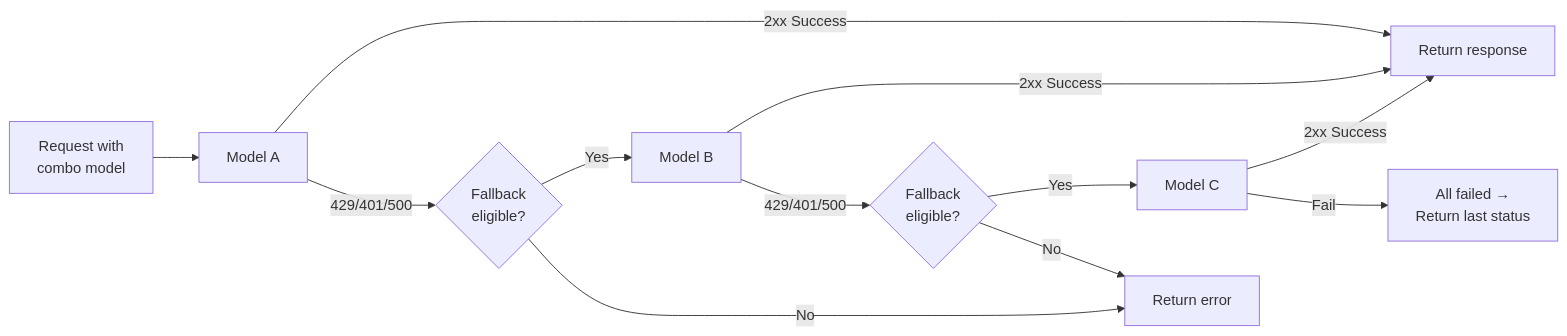
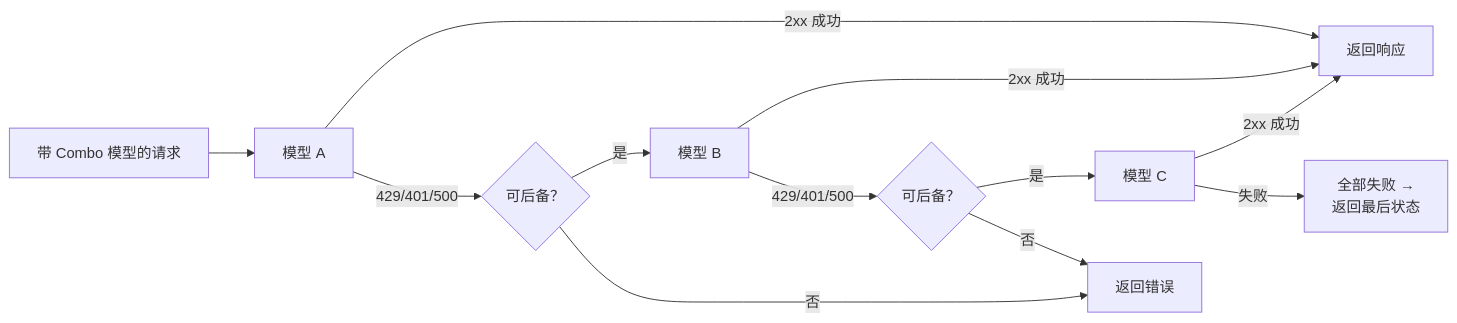
One commit to innotelinc/jesus changed the seventh of 12 diagrams in apps/omniroute/docs/i18n/zh-CN/CODEBASE_DOCUMENTATION.md. Above: the diagram before and after it, drawn with Mermaid. The commit also changed other lines of this file and 14 other files, not shown here.

````diff
--- a/apps/omniroute/docs/i18n/zh-CN/CODEBASE_DOCUMENTATION.md
+++ b/apps/omniroute/docs/i18n/zh-CN/CODEBASE_DOCUMENTATION.md
@@ -334,14 +330,14 @@
 ```mermaid
 flowchart LR
-    A["Request with\ncombo model"] --> B["Model A"]
-    B -->|"2xx Success"| C["Return response"]
-    B -->|"429/401/500"| D{"Fallback\neligible?"}
-    D -->|Yes| E["Model B"]
-    D -->|No| F["Return error"]
-    E -->|"2xx Success"| C
-    E -->|"429/401/500"| G{"Fallback\neligible?"}
-    G -->|Yes| H["Model C"]
-    G -->|No| F
-    H -->|"2xx Success"| C
-    H -->|"Fail"| I["All failed →\nReturn last status"]
+    A["带 Combo 模型的请求"] --> B["模型 A"]
+    B -->|"2xx 成功"| C["返回响应"]
+    B -->|"429/401/500"| D{"可后备？"}
+    D -->|是| E["模型 B"]
+    D -->|否| F["返回错误"]
+    E -->|"2xx 成功"| C
+    E -->|"429/401/500"| G{"可后备？"}
+    G -->|是| H["模型 C"]
+    G -->|否| F
+    H -->|"2xx 成功"| C
+    H -->|"失败"| I["全部失败 →\n返回最后状态"]
 ```
````
